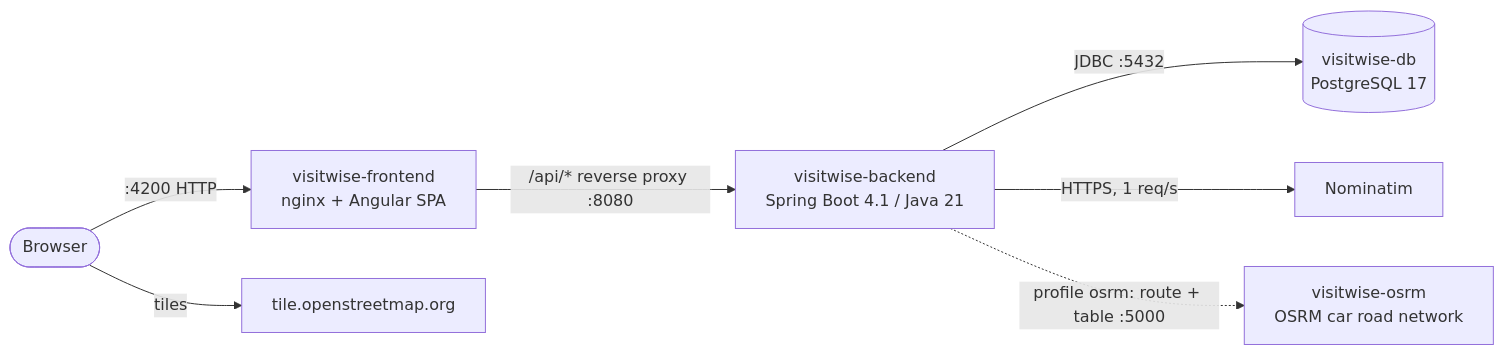
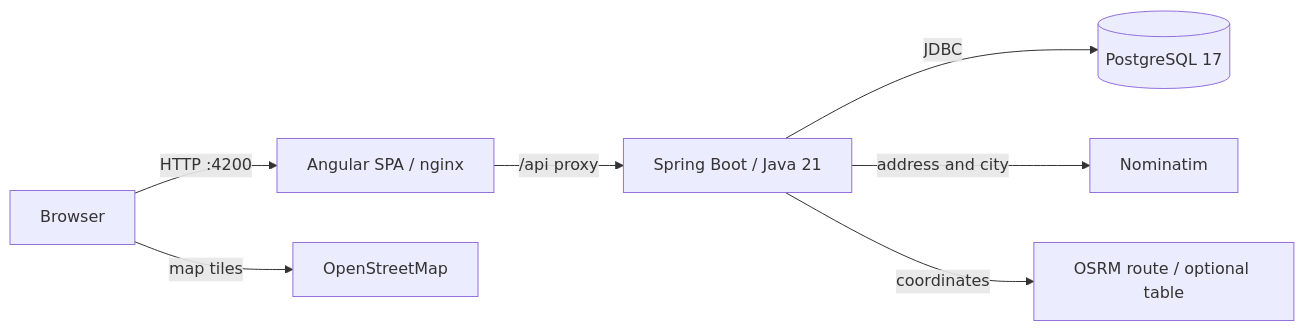
Before and after one commit to RiccardoPuccetti/2142227_VisitWise: the first of 2 diagrams in booklets/architecture/ARCHITECTURE.md, drawn with Mermaid. The commit also changed other lines of this file and 25 other files, not shown here.

````diff
--- a/booklets/architecture/ARCHITECTURE.md
+++ b/booklets/architecture/ARCHITECTURE.md
@@ -17,9 +8,9 @@
 ```mermaid
 flowchart LR
-  browser([Browser]) -->|:4200 HTTP| fe[visitwise-frontend<br/>nginx + Angular SPA]
-  fe -->|/api/* reverse proxy :8080| be[visitwise-backend<br/>Spring Boot 4.1 / Java 21]
-  be -->|JDBC :5432| db[(visitwise-db<br/>PostgreSQL 17)]
-  be -->|HTTPS, 1 req/s| nom[Nominatim]
-  be -.->|profile osrm: route + table :5000| osrm[visitwise-osrm<br/>OSRM car road network]
-  browser -->|tiles| osm[tile.openstreetmap.org]
+  browser[Browser] -->|HTTP :4200| frontend[Angular SPA / nginx]
+  frontend -->|/api proxy| backend[Spring Boot / Java 21]
+  backend -->|JDBC| db[(PostgreSQL 17)]
+  backend -->|address and city| geocoder[Nominatim]
+  backend -->|coordinates| routing[OSRM route / optional table]
+  browser -->|map tiles| tiles[OpenStreetMap]
 ```
````
